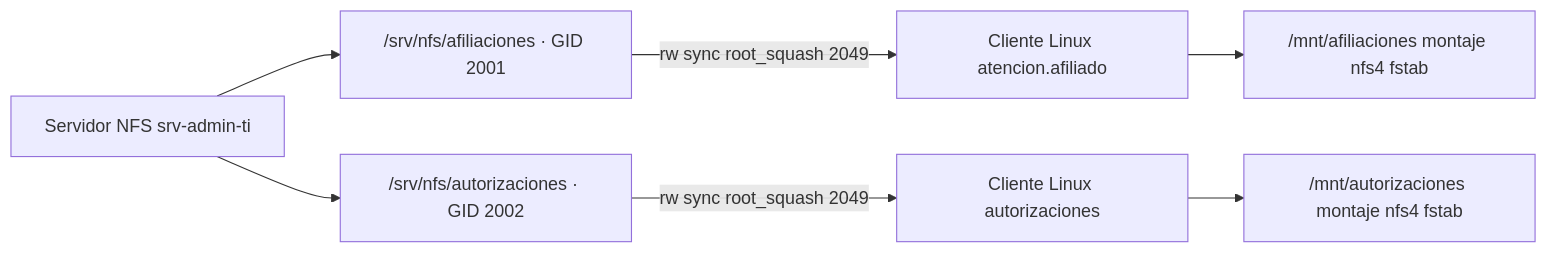
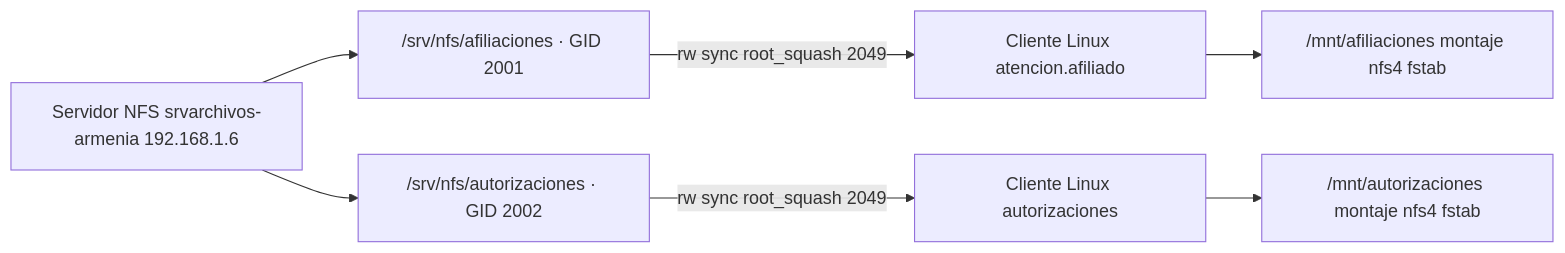
The diagram in codigo/nfs/diagrama-nfs.md (optitudes/sura_admin_ti), drawn with Mermaid before and after one commit. The commit also changed 22 other files, not shown here.

````diff
--- a/codigo/nfs/diagrama-nfs.md
+++ b/codigo/nfs/diagrama-nfs.md
@@ -6,9 +6,9 @@
 ```mermaid
 graph LR
-    S[Servidor NFS srv-admin-ti] --> A["/srv/nfs/afiliaciones · GID 2001"]
+    S[Servidor NFS srvarchivos-armenia 192.168.1.6] --> A["/srv/nfs/afiliaciones · GID 2001"]
     S --> B["/srv/nfs/autorizaciones · GID 2002"]
     A -->|rw sync root_squash 2049| C[Cliente Linux atencion.afiliado]
     B -->|rw sync root_squash 2049| D[Cliente Linux autorizaciones]
     C --> E["/mnt/afiliaciones montaje nfs4 fstab"]
     D --> F["/mnt/autorizaciones montaje nfs4 fstab"]
 ```
````
